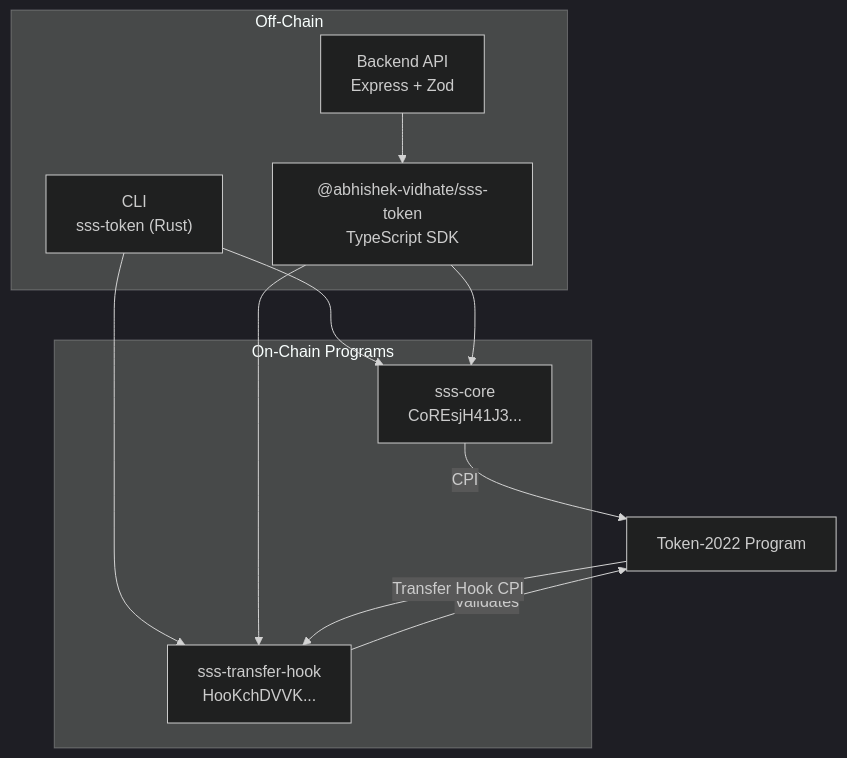
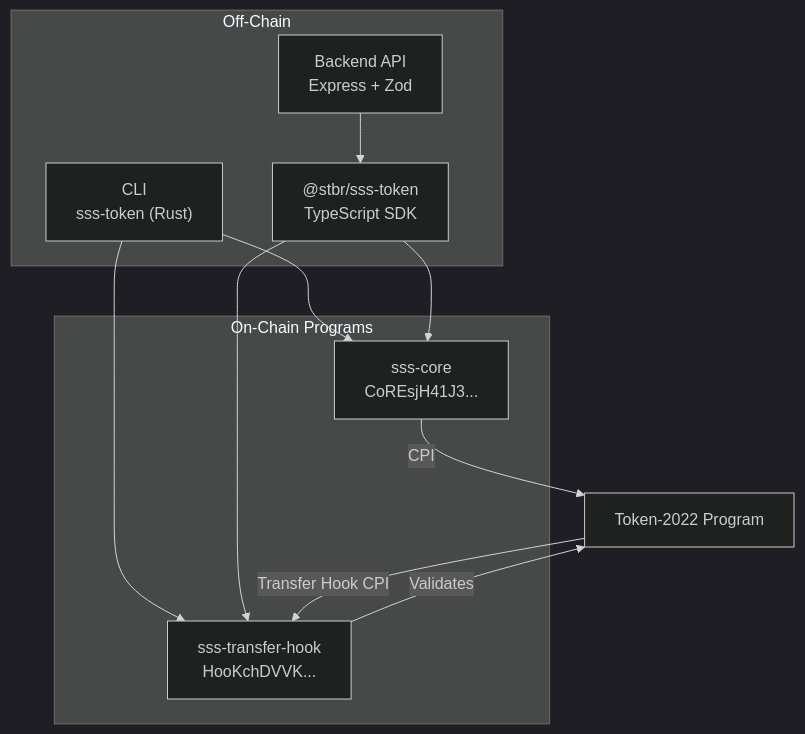
Before and after one commit to Abhishek-Vidhate/solana-stablecoin-standard: the first of 5 diagrams in docs/ARCHITECTURE.md, drawn with Mermaid (dark theme). The commit also changed other lines of this file and 94 other files, not shown here.

````diff
--- a/docs/ARCHITECTURE.md
+++ b/docs/ARCHITECTURE.md
@@ -9,23 +9,23 @@
 ```mermaid
 graph TD
     subgraph "Off-Chain"
         CLI["CLI<br/>sss-token (Rust)"]
         Backend["Backend API<br/>Express + Zod"]
-        SDK["@abhishek-vidhate/sss-token<br/>TypeScript SDK"]
+        SDK["@stbr/sss-token<br/>TypeScript SDK"]
     end
 
     CLI --> Core
     CLI --> Hook
     Backend --> SDK
 
     subgraph "On-Chain Programs"
         Core["sss-core<br/>CoREsjH41J3..."]
         Hook["sss-transfer-hook<br/>HooKchDVVK..."]
     end
 
     SDK --> Core
     SDK --> Hook
     Core -->|"CPI"| T22["Token-2022 Program"]
     Hook -->|"Validates"| T22
     T22 -->|"Transfer Hook CPI"| Hook
 ```
````
